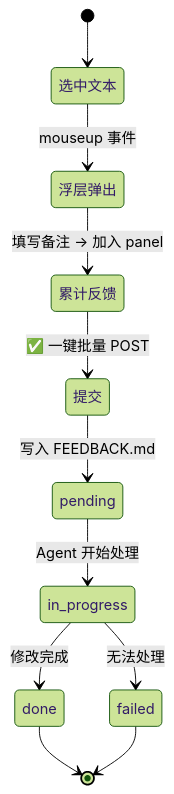
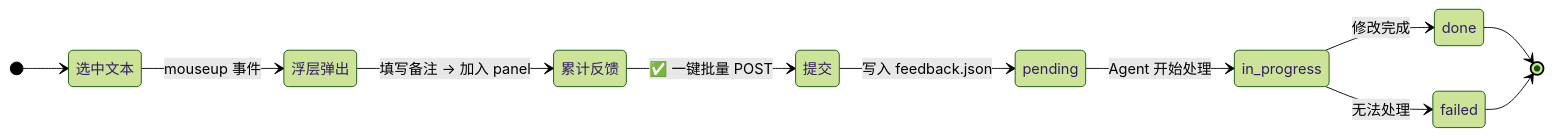
Before and after one commit to updatedb/clawmate: the second of 2 diagrams in README.md, drawn with Mermaid (forest theme). The commit also changed other lines of this file and 19 other files, not shown here.

First line of the commit message:
v1.5: FEEDBACK.md → feedback.json 格式迁移 + 多项优化

````diff
--- a/README.md
+++ b/README.md
@@ -71,13 +69,14 @@
 ```mermaid
 stateDiagram
+    direction LR
     [*] --> 选中文本
     选中文本 --> 浮层弹出: mouseup 事件
     浮层弹出 --> 累计反馈: 填写备注 → 加入 panel
     累计反馈 --> 提交: ✅ 一键批量 POST
-    提交 --> pending: 写入 FEEDBACK.md
+    提交 --> pending: 写入 feedback.json
     pending --> in_progress: Agent 开始处理
     in_progress --> done: 修改完成
     in_progress --> failed: 无法处理
     done --> [*]
     failed --> [*]
 ```
````
